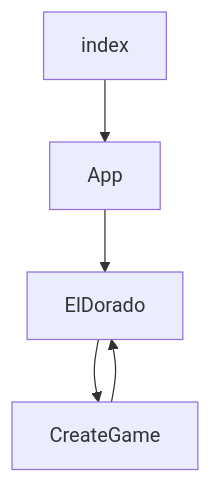
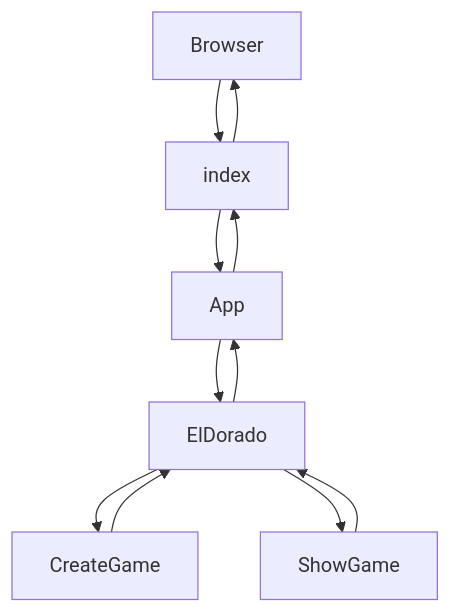
Before and after one commit to stijnlinderman/eldorado: the first of 4 diagrams in ARCHITECTURE.md, drawn with Mermaid.

````diff
--- a/ARCHITECTURE.md
+++ b/ARCHITECTURE.md
@@ -6,7 +6,13 @@
 ```mermaid
 graph TD;
+	Browser-->index;
 	index-->App;
 	App-->ElDorado;
 	ElDorado-->CreateGame;
 	CreateGame-->ElDorado;	
+	ElDorado-->ShowGame;
+	ShowGame-->ElDorado
+	ElDorado-->App;
+	App-->index;
+	index-->Browser;
 ```
````
